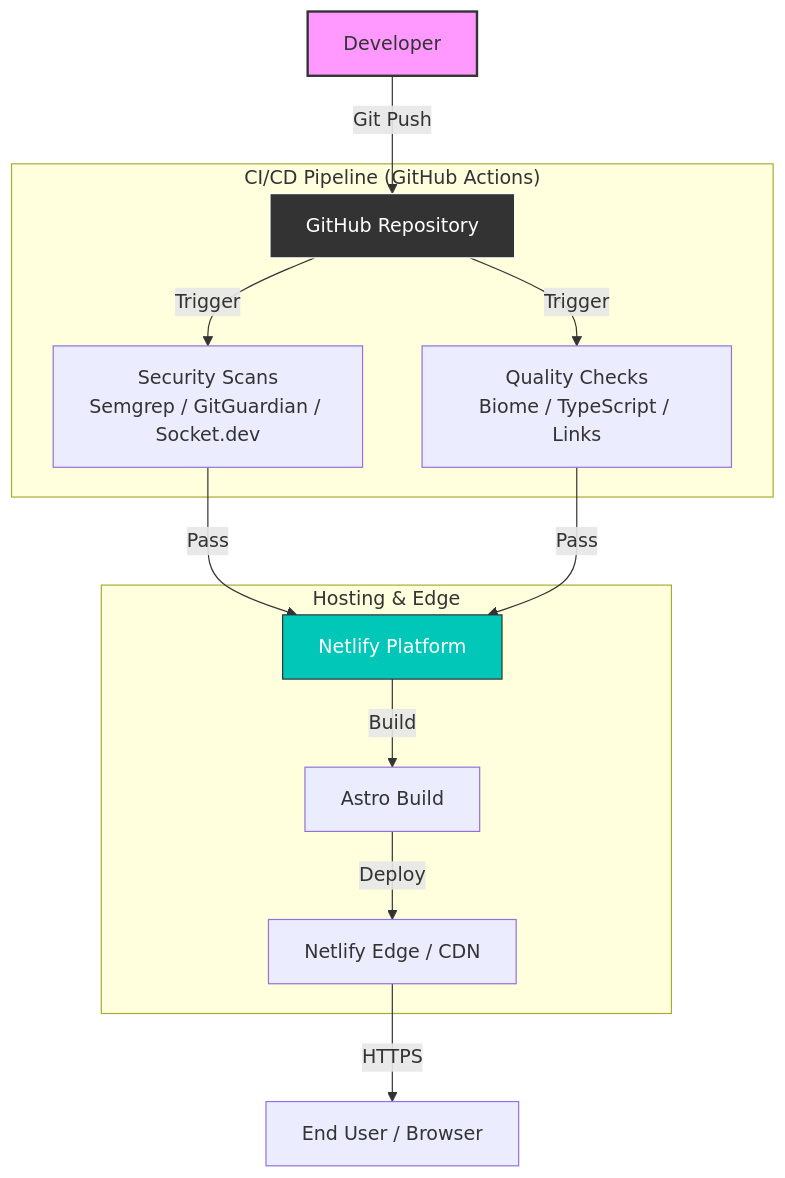
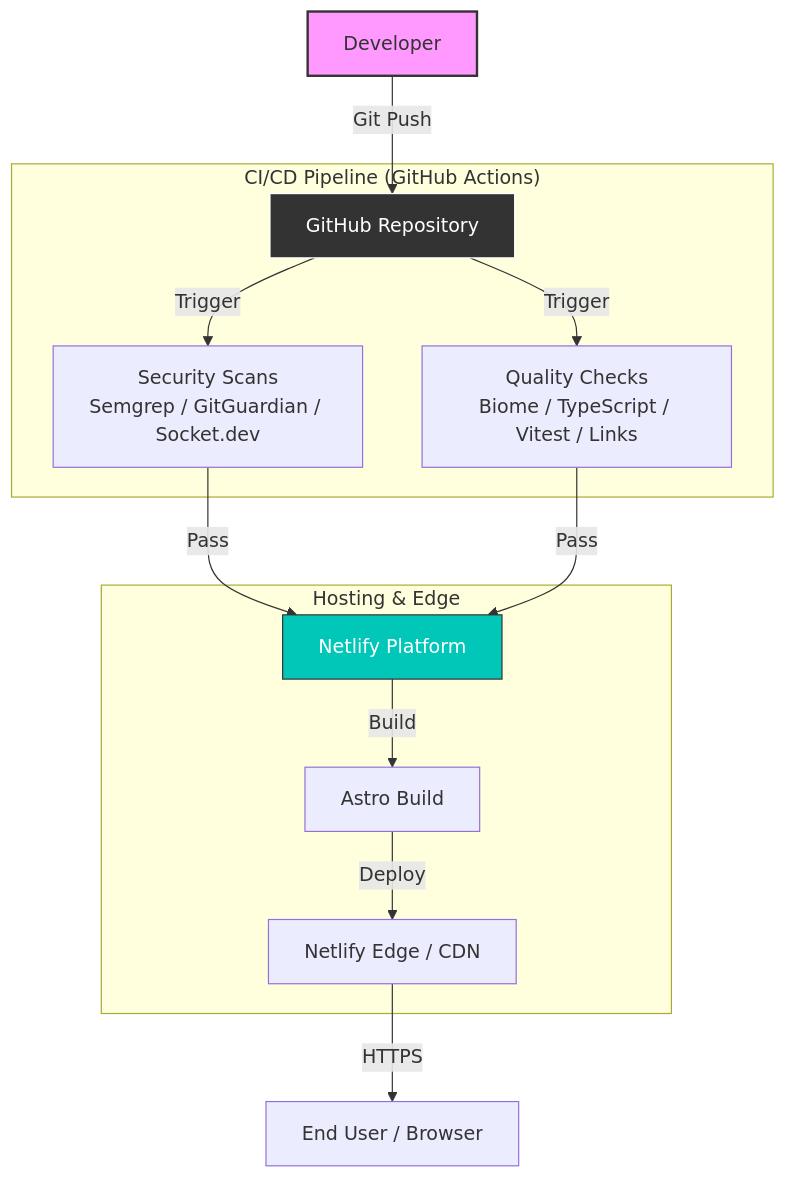
The first of 2 diagrams in docs/ARCHITECTURE.md (team4procoaching/website), drawn with Mermaid before and after one commit. The commit also changed other lines of this file and 9 other files, not shown here.

````diff
--- a/docs/ARCHITECTURE.md
+++ b/docs/ARCHITECTURE.md
@@ -48,23 +48,23 @@
 ```mermaid
 graph TD
     User[Developer] -->|Git Push| GitHub[GitHub Repository]
 
     subgraph "CI/CD Pipeline (GitHub Actions)"
         GitHub -->|Trigger| Security[Security Scans<br/>Semgrep / GitGuardian / Socket.dev]
-        GitHub -->|Trigger| Quality[Quality Checks<br/>Biome / TypeScript / Links]
+        GitHub -->|Trigger| Quality[Quality Checks<br/>Biome / TypeScript / Vitest / Links]
     end
 
     Security -->|Pass| Netlify
     Quality -->|Pass| Netlify
 
     subgraph "Hosting & Edge"
         Netlify[Netlify Platform] -->|Build| Build[Astro Build]
         Build -->|Deploy| CDN[Netlify Edge / CDN]
     end
 
     CDN -->|HTTPS| Client[End User / Browser]
 
     style User fill:#f9f,stroke:#333,stroke-width:2px
     style GitHub fill:#333,stroke:#fff,color:#fff
     style Netlify fill:#00c7b7,stroke:#333,color:#fff
 ```
````
